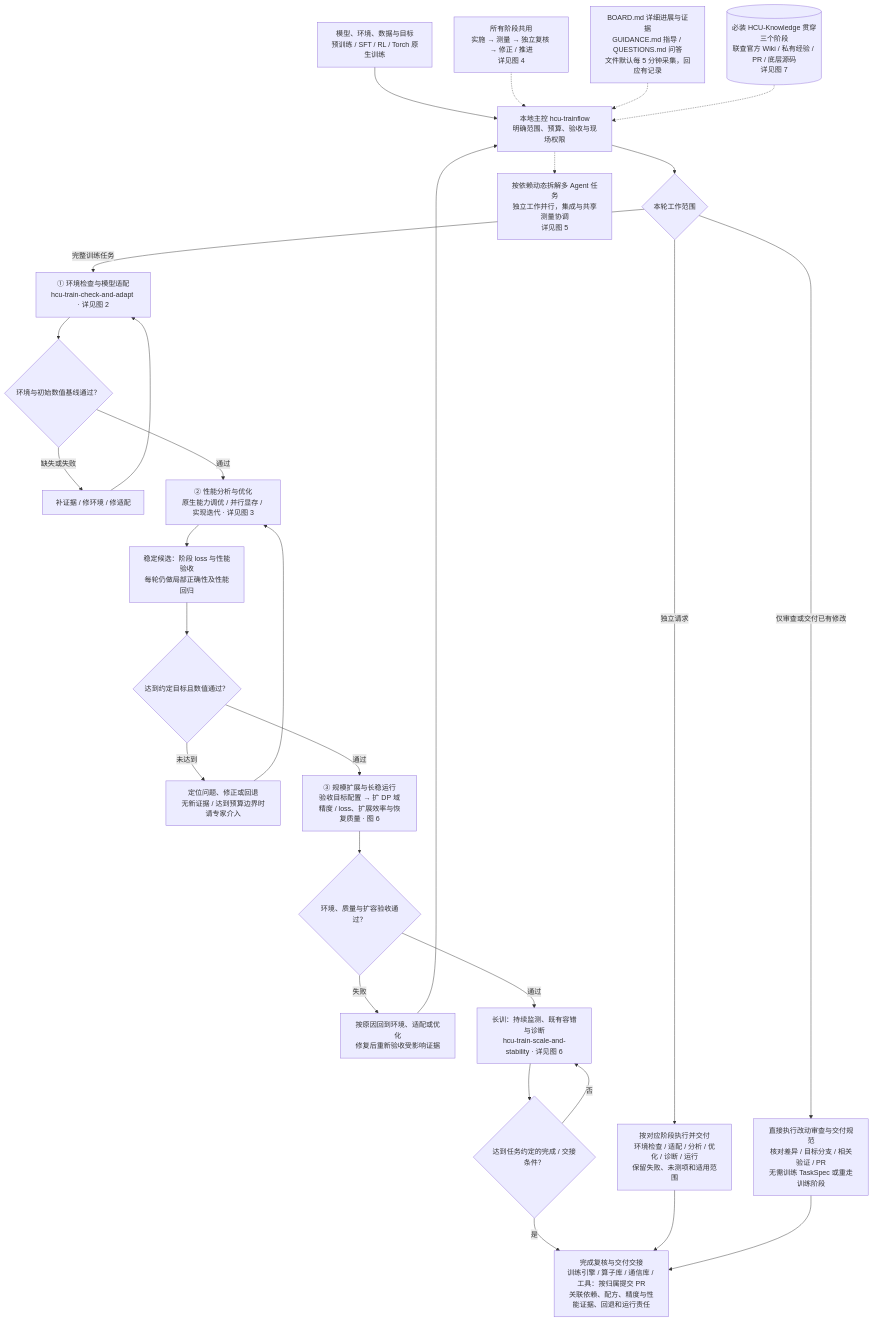
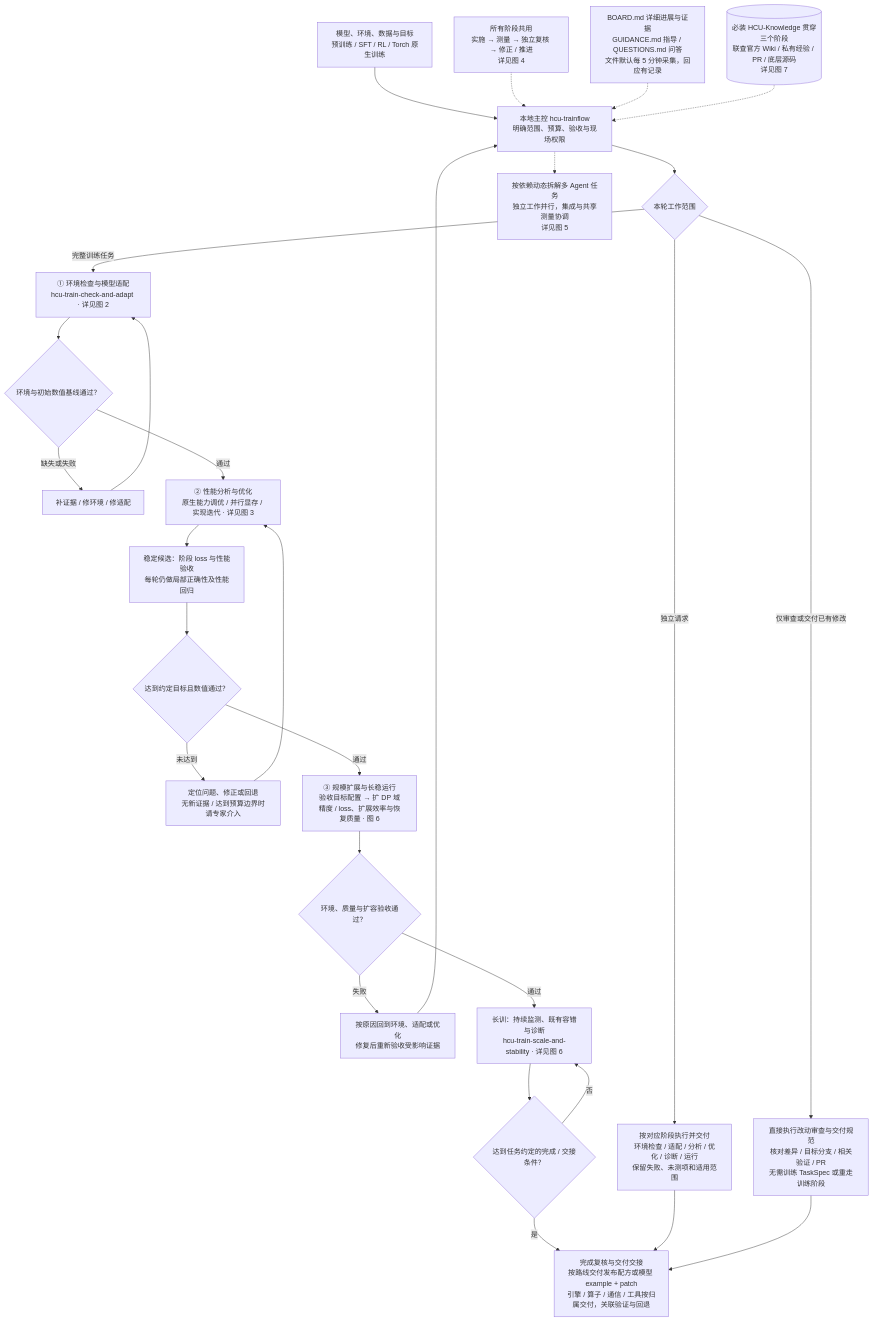
One commit to yuguo-Jack/HCU-TrainFlow changed the first of 14 diagrams in docs/workflow-map.md. Above: the diagram before and after it, drawn with Mermaid. The commit also changed other lines of this file and 31 other files, not shown here.

````diff
--- a/docs/workflow-map.md
+++ b/docs/workflow-map.md
@@ -13,30 +13,30 @@
 ```mermaid
 flowchart TD
     U["模型、环境、数据与目标<br/>预训练 / SFT / RL / Torch 原生训练"] --> C["本地主控 hcu-trainflow<br/>明确范围、预算、验收与现场权限"]
     C --> SCOPE{"本轮工作范围"}
     SCOPE -->|完整训练任务| A["① 环境检查与模型适配<br/>hcu-train-check-and-adapt · 详见图 2"]
     SCOPE -->|独立请求| PART["按对应阶段执行并交付<br/>环境检查 / 适配 / 分析 / 优化 / 诊断 / 运行<br/>保留失败、未测项和适用范围"]
     SCOPE -->|仅审查或交付已有修改| DELIVER["直接执行改动审查与交付规范<br/>核对差异 / 目标分支 / 相关验证 / PR<br/>无需训练 TaskSpec 或重走训练阶段"]
     A --> AG{"环境与初始数值基线通过？"}
     AG -->|缺失或失败| AR["补证据 / 修环境 / 修适配"]
     AR --> A
     AG -->|通过| O["② 性能分析与优化<br/>原生能力调优 / 并行显存 / 实现迭代 · 详见图 3"]
     O --> Q["稳定候选：阶段 loss 与性能验收<br/>每轮仍做局部正确性及性能回归"]
     Q --> QG{"达到约定目标且数值通过？"}
     QG -->|未达到| OR["定位问题、修正或回退<br/>无新证据 / 达到预算边界时请专家介入"]
     OR --> O
     QG -->|通过| S["③ 规模扩展与长稳运行<br/>验收目标配置 → 扩 DP 域<br/>精度 / loss、扩展效率与恢复质量 · 图 6"]
     S --> SG{"环境、质量与扩容验收通过？"}
     SG -->|失败| SR["按原因回到环境、适配或优化<br/>修复后重新验收受影响证据"]
     SR --> C
     SG -->|通过| T["长训：持续监测、既有容错与诊断<br/>hcu-train-scale-and-stability · 详见图 6"]
     T --> TG{"达到任务约定的完成 / 交接条件？"}
     TG -->|否| T
-    TG -->|是| Z["完成复核与交付交接<br/>训练引擎 / 算子库 / 通信库 / 工具：按归属提交 PR<br/>关联依赖、配方、精度与性能证据、回退和运行责任"]
+    TG -->|是| Z["完成复核与交付交接<br/>按路线交付发布配方或模型 example + patch<br/>引擎 / 算子 / 通信 / 工具按归属交付，关联验证与回退"]
     PART --> Z
     DELIVER --> Z
     LOOP["所有阶段共用<br/>实施 → 测量 → 独立复核 → 修正 / 推进<br/>详见图 4"] -.-> C
     H["BOARD.md 详细进展与证据<br/>GUIDANCE.md 指导 / QUESTIONS.md 问答<br/>文件默认每 5 分钟采集，回应有记录"] -.-> C
     K[("必装 HCU-Knowledge 贯穿三个阶段<br/>联查官方 Wiki / 私有经验 / PR / 底层源码<br/>详见图 7")] -.-> C
     C -.-> TEAM["按依赖动态拆解多 Agent 任务<br/>独立工作并行，集成与共享测量协调<br/>详见图 5"]
 ```
````
